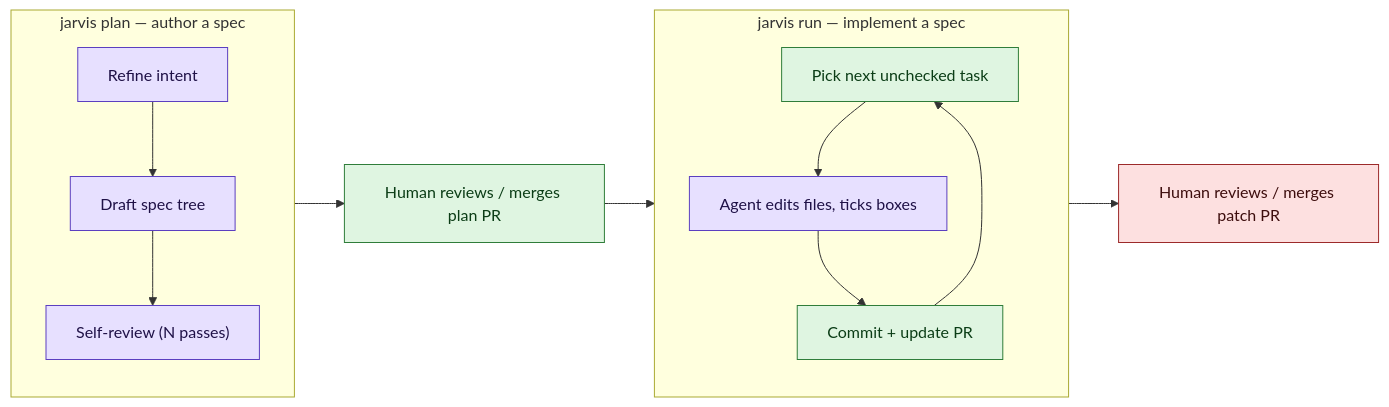
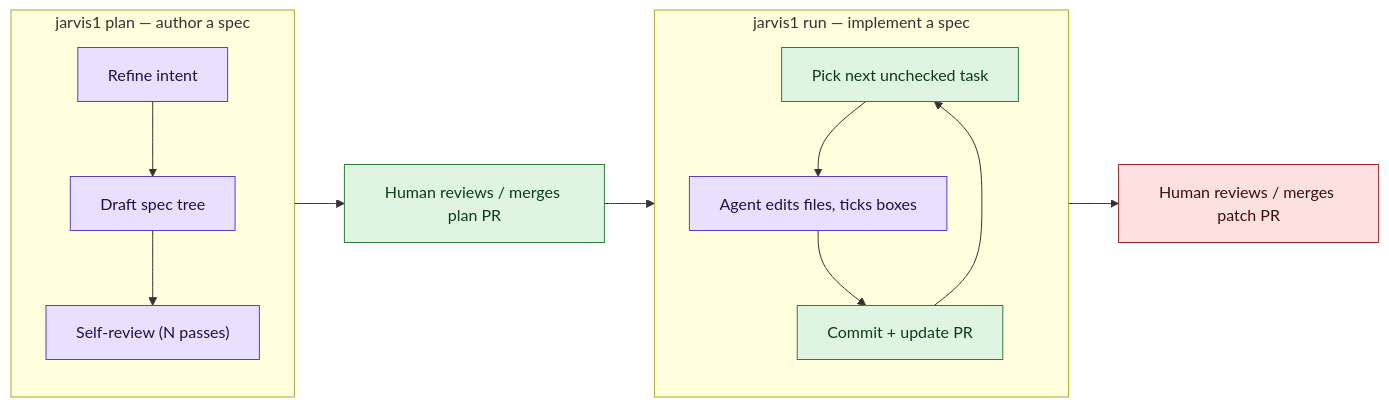
One commit to cbrenner04/jarvis changed the fifth of 5 diagrams in v1/docs/workflows.md. Above: the diagram before and after it, drawn with Mermaid. The commit also changed other lines of this file and 9 other files, not shown here.

````diff
--- a/v1/docs/workflows.md
+++ b/v1/docs/workflows.md
@@ -264,24 +264,24 @@
 ```mermaid
 flowchart LR
-  subgraph plan["jarvis plan — author a spec"]
+  subgraph plan["jarvis1 plan — author a spec"]
     direction TB
     pl1["Refine intent"]:::llm
     pl2["Draft spec tree"]:::llm
     pl3["Self-review (N passes)"]:::llm
     pl1 --> pl2 --> pl3
   end
 
-  subgraph patch["jarvis run — implement a spec"]
+  subgraph patch["jarvis1 run — implement a spec"]
     direction TB
     pa1["Pick next unchecked task"]:::det
     pa2["Agent edits files, ticks boxes"]:::llm
     pa3["Commit + update PR"]:::det
     pa1 --> pa2 --> pa3 --> pa1
   end
 
   plan --> review["Human reviews / merges plan PR"]:::det --> patch --> ship["Human reviews / merges patch PR"]:::stop
 
   classDef det fill:#dff5e1,stroke:#2f7d3a,color:#0b3d16;
   classDef llm fill:#e7e0ff,stroke:#5b3fc0,color:#1f1147;
   classDef stop fill:#fde0e0,stroke:#9c2a2a,color:#3d0d0d;
 ```
````
